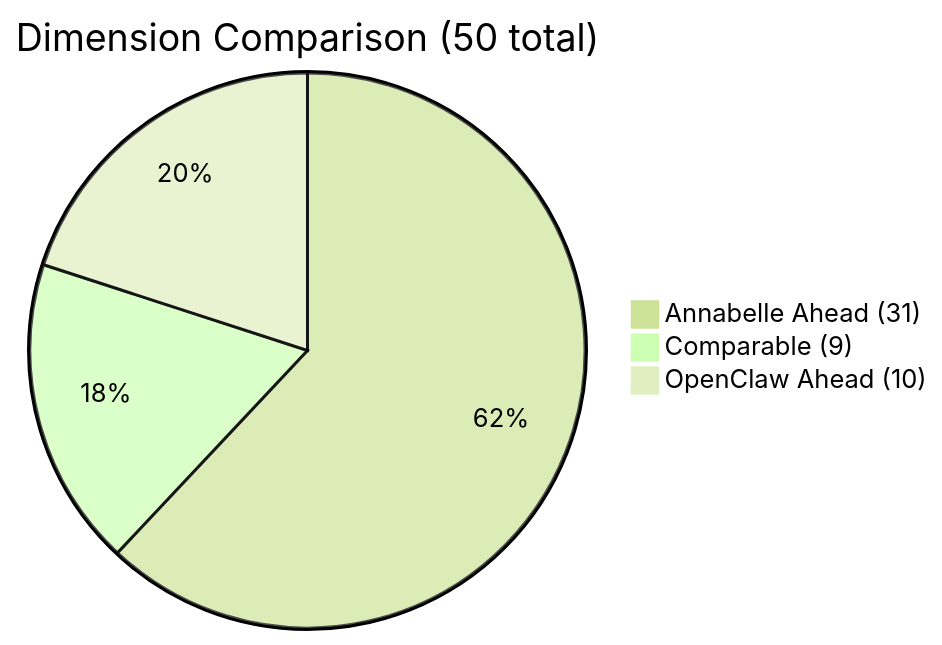
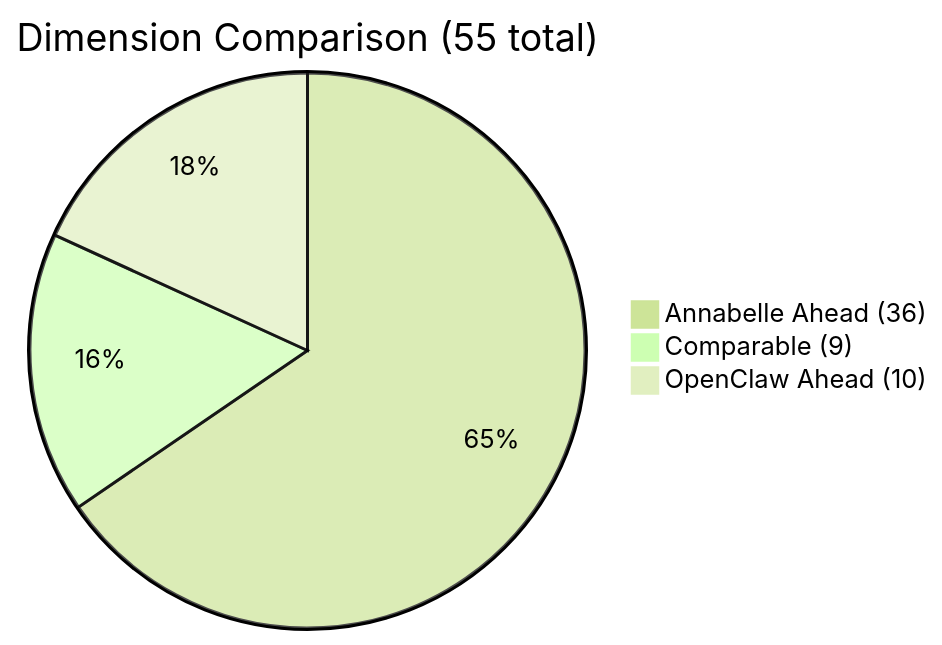
Before and after one commit to cwikio/Hexa-Puffs: the second of 2 diagrams in _openclaw-benchmark/Annabelle_vs_OpenClaw_Comparison.md, drawn with Mermaid (forest theme). The commit also changed other lines of this file and 3 other files, not shown here.

````diff
--- a/_openclaw-benchmark/Annabelle_vs_OpenClaw_Comparison.md
+++ b/_openclaw-benchmark/Annabelle_vs_OpenClaw_Comparison.md
@@ -102,6 +102,6 @@
 ```mermaid
-pie title Dimension Comparison (50 total)
-    "Annabelle Ahead (31)" : 31
+pie title Dimension Comparison (55 total)
+    "Annabelle Ahead (36)" : 36
     "Comparable (9)" : 9
     "OpenClaw Ahead (10)" : 10
 ```
````
